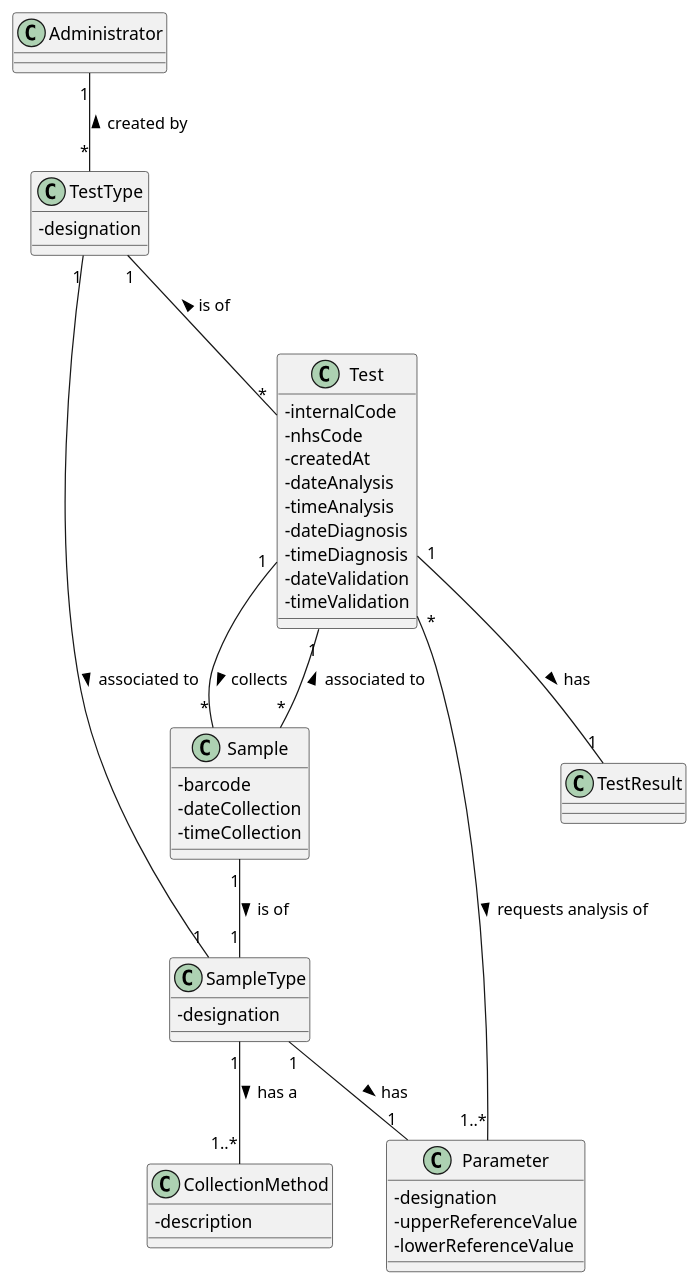
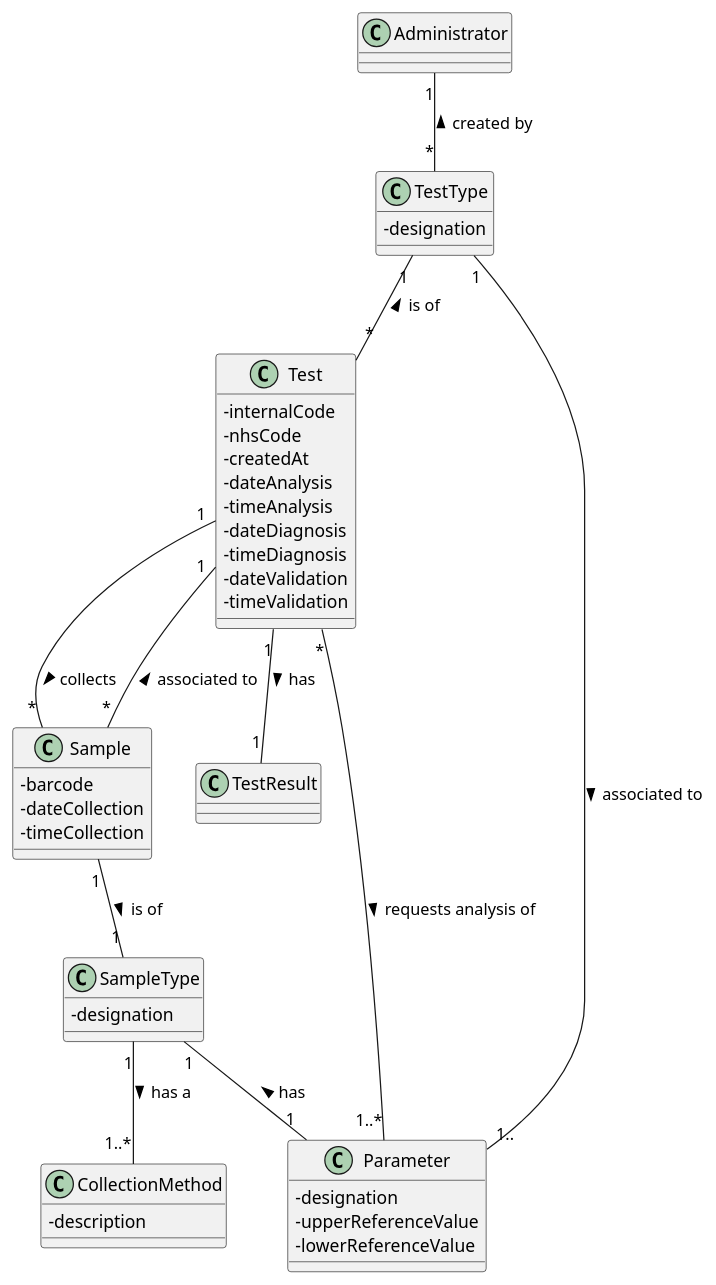
The diagram in docs/SprintB/US9/US9_DM.puml (MadDinosaur/ISEP-LAPR2), drawn with PlantUML before and after one commit. The commit also changed 1 other file, not shown here.

```diff
--- a/docs/SprintB/US9/US9_DM.puml
+++ b/docs/SprintB/US9/US9_DM.puml
@@ -1,48 +1,48 @@
 @startuml
 skinparam classAttributeIconSize 0
 
 class Administrator
 class CollectionMethod {
 -description
 }
 
 class Test {
 -internalCode
 -nhsCode
 -createdAt
 -dateAnalysis
 -timeAnalysis
 -dateDiagnosis
 -timeDiagnosis
 -dateValidation
 -timeValidation
 }
 class TestResult
 class TestType {
 -designation
 }
 class Sample {
 -barcode
 -dateCollection
 -timeCollection
 }
 class SampleType {
 -designation
 }
 class Parameter {
 -designation
 -upperReferenceValue
 -lowerReferenceValue
 }
 
 Sample "*"--"1" Test : associated to >
 SampleType "1"-up-"1" Sample  : is of <
 Test "*"-down-"1..*" Parameter : requests analysis of >
 Test "*"-up-"1" TestType : is of >
 Test "1"-down-"*" Sample : collects >
 TestType "*"-up-"1" Administrator : created by >
 SampleType "1"--"1..*" CollectionMethod : has a >
-SampleType "1"-up-"1" TestType  : associated to <
-SampleType "1"-down-"1" Parameter : has >
+Parameter "1.."-up-"1" TestType  : associated to <
+SampleType "1"-down-"1" Parameter : has <
 Test "1"-down-"1" TestResult : has >
 @enduml
```
